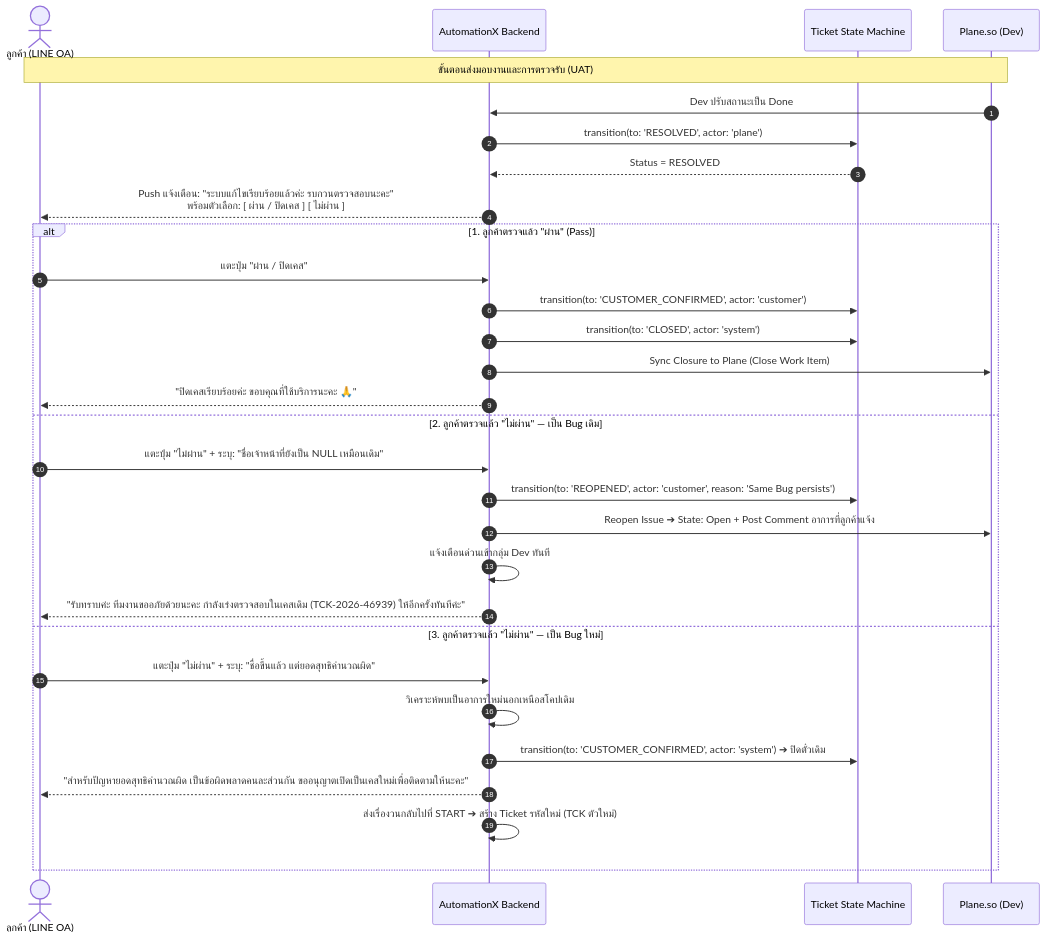
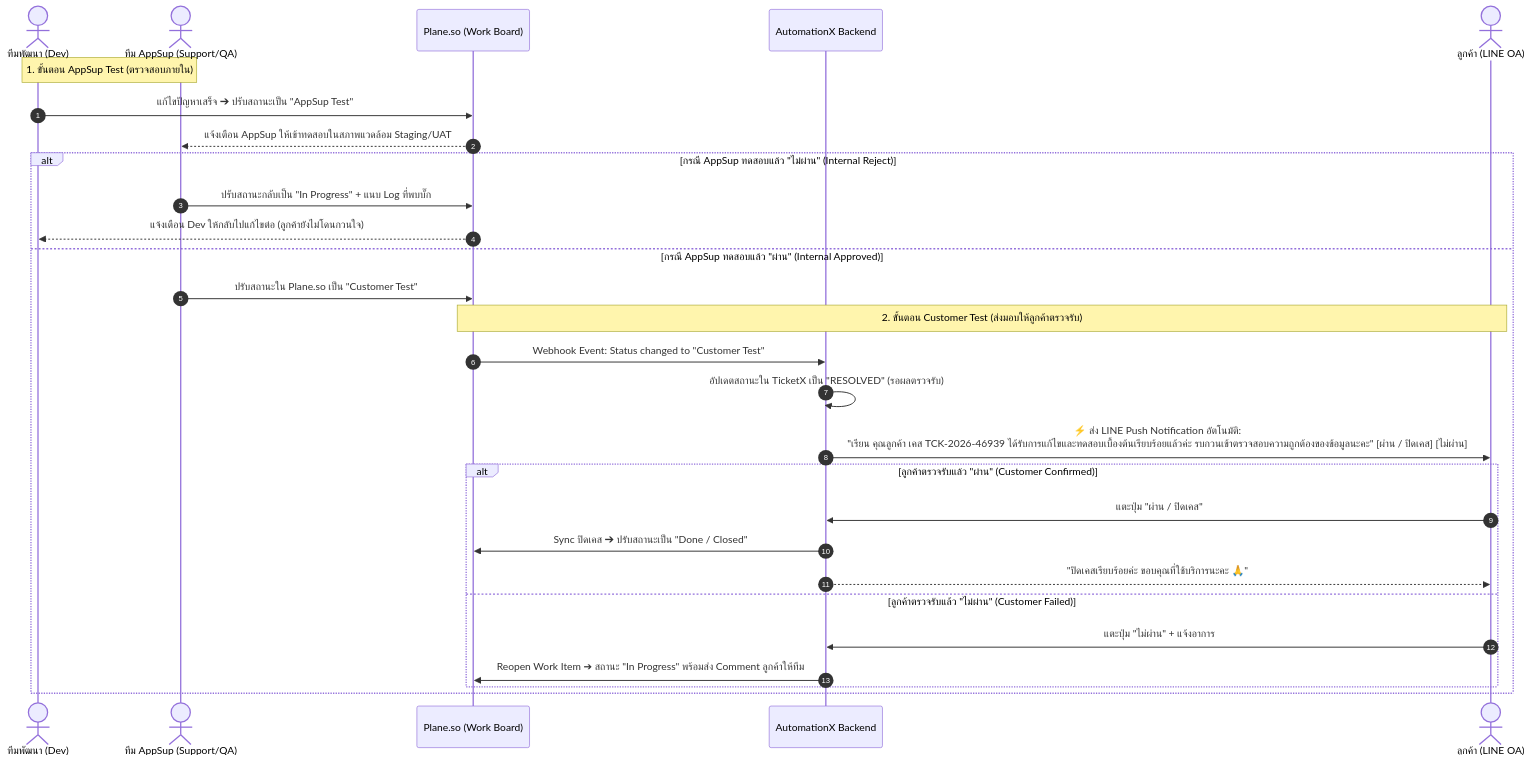
Before and after one commit to winknakk/TicketX-Production: the second of 2 diagrams in docs/automationx_master_e2e_ticket_lifecycle_flow.md, drawn with Mermaid. The commit also changed other lines of this file and 1 other file, not shown here.

````diff
--- a/docs/automationx_master_e2e_ticket_lifecycle_flow.md
+++ b/docs/automationx_master_e2e_ticket_lifecycle_flow.md
@@ -180,34 +114,34 @@
 ```mermaid
 sequenceDiagram
     autonumber
+    actor Dev as ทีมพัฒนา (Dev)
+    actor AppSup as ทีม AppSup (Support/QA)
+    participant Plane as Plane.so (Work Board)
+    participant Core as AutomationX Backend
     actor Customer as ลูกค้า (LINE OA)
-    participant Core as AutomationX Backend
-    participant SM as Ticket State Machine
-    participant Plane as Plane.so (Dev)
 
-    Note over Customer, Plane: ขั้นตอนส่งมอบงานและการตรวจรับ (UAT)
-    Plane->>Core: Dev ปรับสถานะเป็น Done
-    Core->>SM: transition(to: 'RESOLVED', actor: 'plane')
-    SM-->>Core: Status = RESOLVED
-    Core-->>Customer: Push แจ้งเตือน: "ระบบแก้ไขเรียบร้อยแล้วค่ะ รบกวนตรวจสอบนะคะ"<br>พร้อมตัวเลือก: [ ผ่าน / ปิดเคส ] [ ไม่ผ่าน ]
-
-    alt 1. ลูกค้าตรวจแล้ว "ผ่าน" (Pass)
-        Customer->>Core: แตะปุ่ม "ผ่าน / ปิดเคส"
-        Core->>SM: transition(to: 'CUSTOMER_CONFIRMED', actor: 'customer')
-        Core->>SM: transition(to: 'CLOSED', actor: 'system')
-        Core->>Plane: Sync Closure to Plane (Close Work Item)
-        Core-->>Customer: "ปิดเคสเรียบร้อยค่ะ ขอบคุณที่ใช้บริการนะคะ 🙏"
-    else 2. ลูกค้าตรวจแล้ว "ไม่ผ่าน" — เป็น Bug เดิม
-        Customer->>Core: แตะปุ่ม "ไม่ผ่าน" + ระบุ: "ชื่อเจ้าหน้าที่ยังเป็น NULL เหมือนเดิม"
-        Core->>SM: transition(to: 'REOPENED', actor: 'customer', reason: 'Same Bug persists')
-        Core->>Plane: Reopen Issue ➔ State: Open + Post Comment อาการที่ลูกค้าแจ้ง
-        Core->>Core: แจ้งเตือนด่วนเข้ากลุ่ม Dev ทันที
-        Core-->>Customer: "รับทราบค่ะ ทีมงานขออภัยด้วยนะคะ กำลังเร่งตรวจสอบในเคสเดิม (TCK-2026-46939) ให้อีกครั้งทันทีค่ะ"
-    else 3. ลูกค้าตรวจแล้ว "ไม่ผ่าน" — เป็น Bug ใหม่
-        Customer->>Core: แตะปุ่ม "ไม่ผ่าน" + ระบุ: "ชื่อขึ้นแล้ว แต่ยอดสุทธิคำนวณผิด"
-        Core->>Core: วิเคราะห์พบเป็นอาการใหม่นอกเหนือสโคปเดิม
-        Core->>SM: transition(to: 'CUSTOMER_CONFIRMED', actor: 'system') ➔ ปิดตั๋วเดิม
-        Core-->>Customer: "สำหรับปัญหายอดสุทธิคำนวณผิด เป็นข้อผิดพลาดคนละส่วนกัน ขออนุญาตเปิดเป็นเคสใหม่เพื่อติดตามให้นะคะ"
-        Core->>Core: ส่งเรื่องวนกลับไปที่ START ➔ สร้าง Ticket รหัสใหม่ (TCK ตัวใหม่)
+    Note over Dev, AppSup: 1. ขั้นตอน AppSup Test (ตรวจสอบภายใน)
+    Dev->>Plane: แก้ไขปัญหาเสร็จ ➔ ปรับสถานะเป็น "AppSup Test"
+    Plane-->>AppSup: แจ้งเตือน AppSup ให้เข้าทดสอบในสภาพแวดล้อม Staging/UAT
+    
+    alt กรณี AppSup ทดสอบแล้ว "ไม่ผ่าน" (Internal Reject)
+        AppSup->>Plane: ปรับสถานะกลับเป็น "In Progress" + แนบ Log ที่พบบั๊ก
+        Plane-->>Dev: แจ้งเตือน Dev ให้กลับไปแก้ไขต่อ (ลูกค้ายังไม่โดนกวนใจ)
+    else กรณี AppSup ทดสอบแล้ว "ผ่าน" (Internal Approved)
+        AppSup->>Plane: ปรับสถานะใน Plane.so เป็น "Customer Test"
+        
+        Note over Plane, Customer: 2. ขั้นตอน Customer Test (ส่งมอบให้ลูกค้าตรวจรับ)
+        Plane->>Core: Webhook Event: Status changed to "Customer Test"
+        Core->>Core: อัปเดตสถานะใน TicketX เป็น "RESOLVED" (รอผลตรวจรับ)
+        Core->>Customer: ⚡ ส่ง LINE Push Notification อัตโนมัติ:<br>"เรียน คุณลูกค้า เคส TCK-2026-46939 ได้รับการแก้ไขและทดสอบเบื้องต้นเรียบร้อยแล้วค่ะ รบกวนเข้าตรวจสอบความถูกต้องของข้อมูลนะคะ" [ผ่าน / ปิดเคส] [ไม่ผ่าน]
+        
+        alt ลูกค้าตรวจรับแล้ว "ผ่าน" (Customer Confirmed)
+            Customer->>Core: แตะปุ่ม "ผ่าน / ปิดเคส"
+            Core->>Plane: Sync ปิดเคส ➔ ปรับสถานะเป็น "Done / Closed"
+            Core-->>Customer: "ปิดเคสเรียบร้อยค่ะ ขอบคุณที่ใช้บริการนะคะ 🙏"
+        else ลูกค้าตรวจรับแล้ว "ไม่ผ่าน" (Customer Failed)
+            Customer->>Core: แตะปุ่ม "ไม่ผ่าน" + แจ้งอาการ
+            Core->>Plane: Reopen Work Item ➔ สถานะ "In Progress" พร้อมส่ง Comment ลูกค้าให้ทีม
+        end
     end
 ```
````
